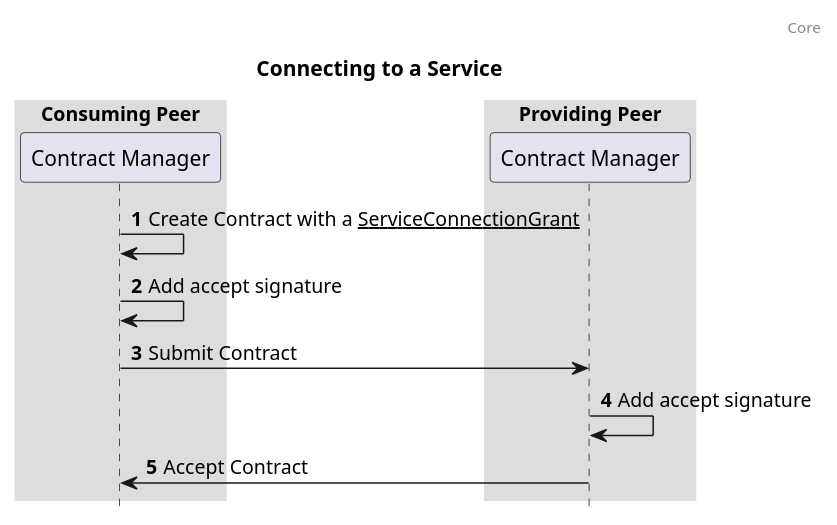
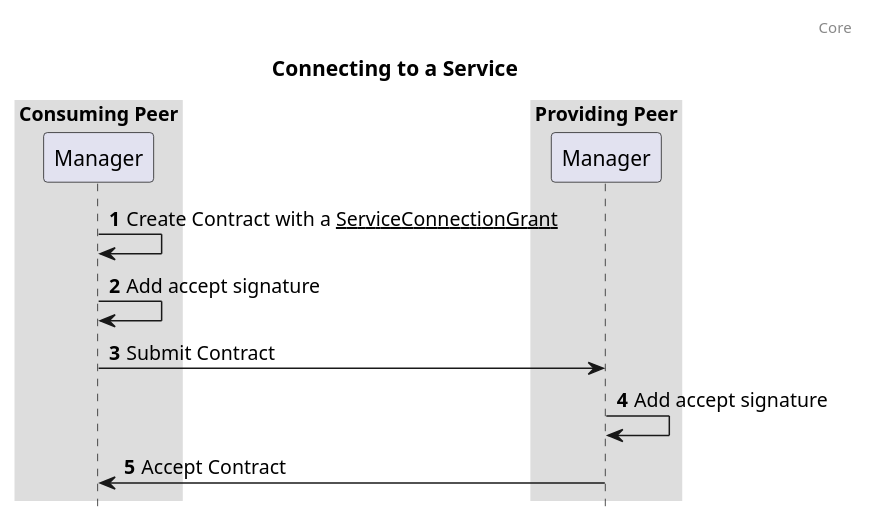
Before and after one commit to Logius-standaarden/fsc-core: the diagram in diagrams/seq-connecting-to-a-service.puml, drawn with PlantUML. The commit also changed 6 other files, not shown here.

Commit message:
replace contract manager with manager

```diff
--- a/diagrams/seq-connecting-to-a-service.puml
+++ b/diagrams/seq-connecting-to-a-service.puml
@@ -1,24 +1,24 @@
 @startuml
 
 autonumber
 header: Core
 title: Connecting to a Service
 
 box "Consuming Peer"
-  participant "Contract Manager" as contractManagerConsumingPeer
+  participant "Manager" as managerConsumingPeer
 end box
 
 box "Providing Peer"
-  participant "Contract Manager" as contractManagerProvidingPeer
+  participant "Manager" as managerProvidingPeer
 end box
 
-contractManagerConsumingPeer -> contractManagerConsumingPeer: Create Contract with a __ServiceConnectionGrant__
-contractManagerConsumingPeer -> contractManagerConsumingPeer: Add accept signature
-contractManagerConsumingPeer -> contractManagerProvidingPeer: Submit Contract
-contractManagerProvidingPeer -> contractManagerProvidingPeer: Add accept signature
-contractManagerProvidingPeer -> contractManagerConsumingPeer: Accept Contract
+managerConsumingPeer -> managerConsumingPeer: Create Contract with a __ServiceConnectionGrant__
+managerConsumingPeer -> managerConsumingPeer: Add accept signature
+managerConsumingPeer -> managerProvidingPeer: Submit Contract
+managerProvidingPeer -> managerProvidingPeer: Add accept signature
+managerProvidingPeer -> managerConsumingPeer: Accept Contract
 
 skinparam sequenceBoxBorderColor #transparent
 skinparam boxPadding 50
 hide footbox
 @enduml
```
